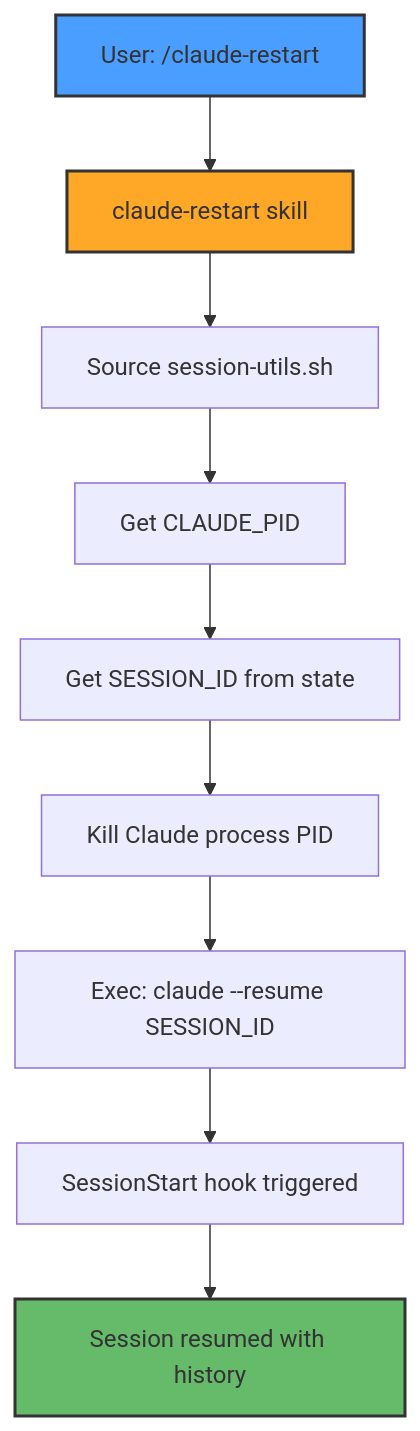
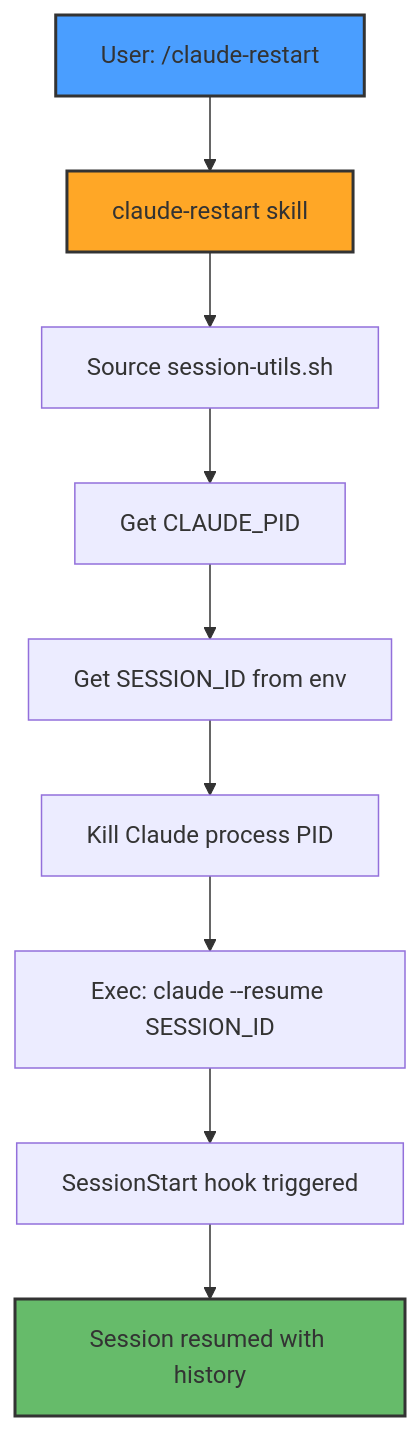
One commit to ManuelKugelmann/BitBot changed the second of 3 diagrams in sparc/1-specification/04_SESSION_MANAGEMENT.md. Above: the diagram before and after it, drawn with Mermaid. The commit also changed other lines of this file and 2 other files, not shown here.

First line of the commit message:
Docs: Update all documentation to reflect pipe-based session communication

````diff
--- a/sparc/1-specification/04_SESSION_MANAGEMENT.md
+++ b/sparc/1-specification/04_SESSION_MANAGEMENT.md
@@ -246,15 +252,15 @@
 ```mermaid
 graph TD
     A[User: /claude-restart] --> B[claude-restart skill]
     B --> C[Source session-utils.sh]
     C --> D[Get CLAUDE_PID]
-    D --> E[Get SESSION_ID from state]
+    D --> E[Get SESSION_ID from env]
     E --> F[Kill Claude process PID]
     F --> G[Exec: claude --resume SESSION_ID]
     G --> H[SessionStart hook triggered]
     H --> I[Session resumed with history]
 
     style A fill:#4a9eff,stroke:#333,stroke-width:2px
     style B fill:#ffa726,stroke:#333,stroke-width:2px,color:#333
     style I fill:#66bb6a,stroke:#333,stroke-width:2px,color:#333
 ```
````
